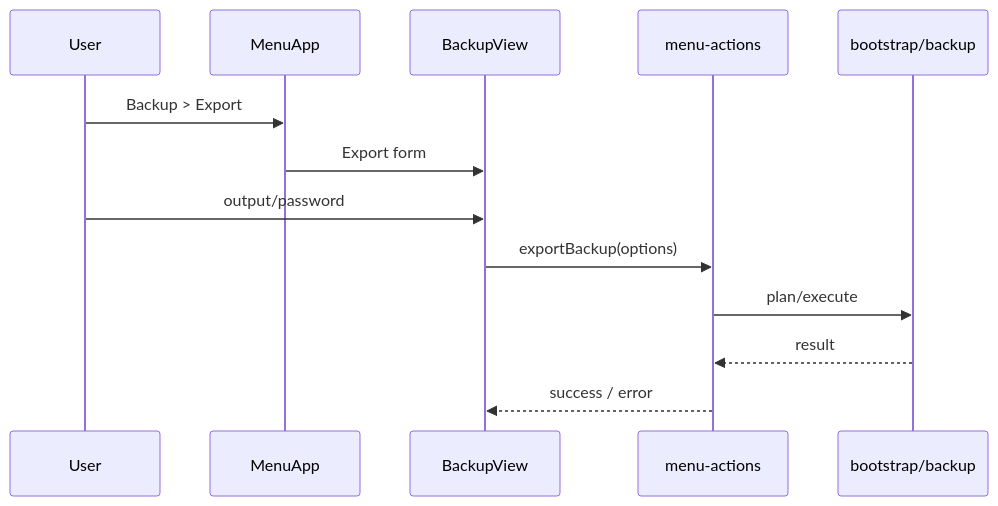
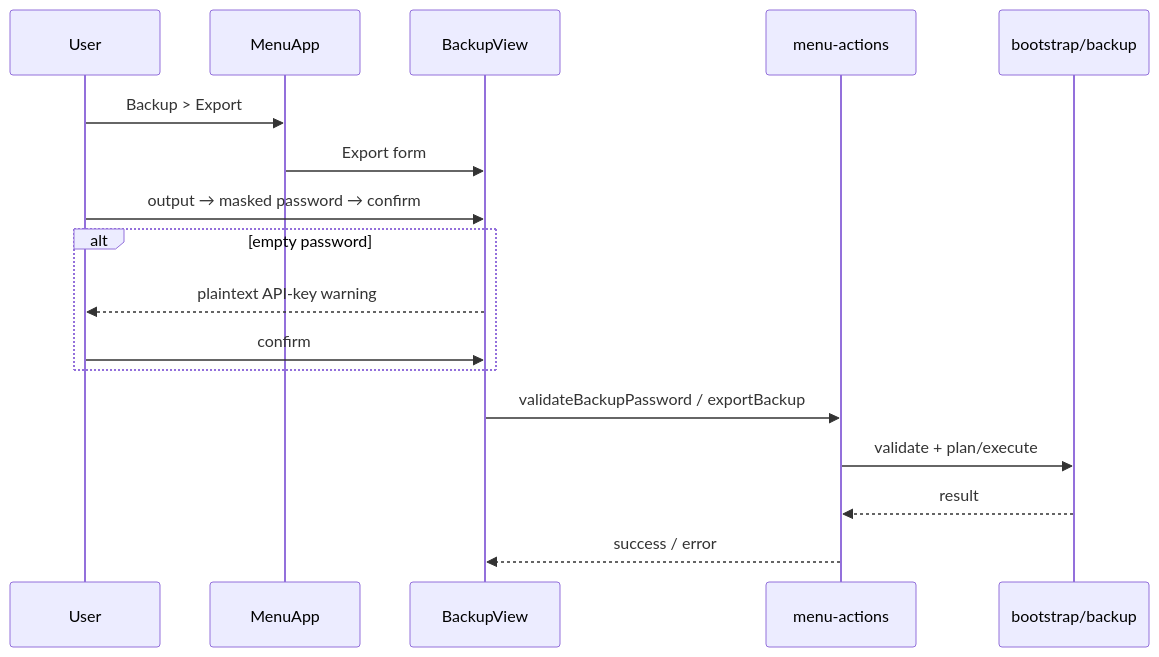
Before and after one commit to aokihu/atom_neo: the tenth of 13 diagrams in docs/subsystems/atom_neo_2026-11-19_menu_config_integration_graph.md, drawn with Mermaid. The commit also changed other lines of this file and 36 other files, not shown here.

````diff
--- a/docs/subsystems/atom_neo_2026-11-19_menu_config_integration_graph.md
+++ b/docs/subsystems/atom_neo_2026-11-19_menu_config_integration_graph.md
@@ -296,16 +307,20 @@
 ```mermaid
 sequenceDiagram
     participant User
     participant Menu as MenuApp
     participant View as BackupView
     participant Actions as menu-actions
     participant Backup as bootstrap/backup
 
     User->>Menu: Backup > Export
     Menu->>View: Export form
-    User->>View: output/password
-    View->>Actions: exportBackup(options)
-    Actions->>Backup: plan/execute
+    User->>View: output → masked password → confirm
+    alt empty password
+        View-->>User: plaintext API-key warning
+        User->>View: confirm
+    end
+    View->>Actions: validateBackupPassword / exportBackup
+    Actions->>Backup: validate + plan/execute
     Backup-->>Actions: result
     Actions-->>View: success / error
 ```
````
